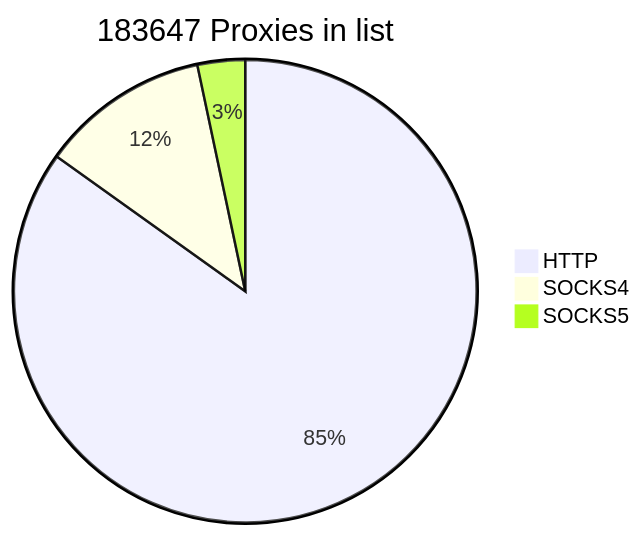
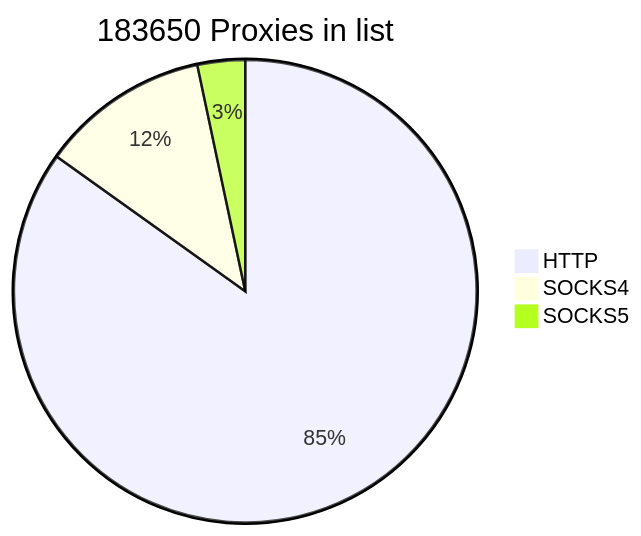
Before and after one commit to cutipu/proxylist: the first of 2 diagrams in README.md, drawn with Mermaid. The commit also changed other lines of this file, not shown here.

````diff
--- a/README.md
+++ b/README.md
@@ -2,7 +2,7 @@
 ```mermaid
-pie title 183647 Proxies in list
+pie title 183650 Proxies in list
     "HTTP" : 155865
-    "SOCKS4" : 21680
-    "SOCKS5" : 6102
+    "SOCKS4" : 21677
+    "SOCKS5" : 6108
             
 ```
````
